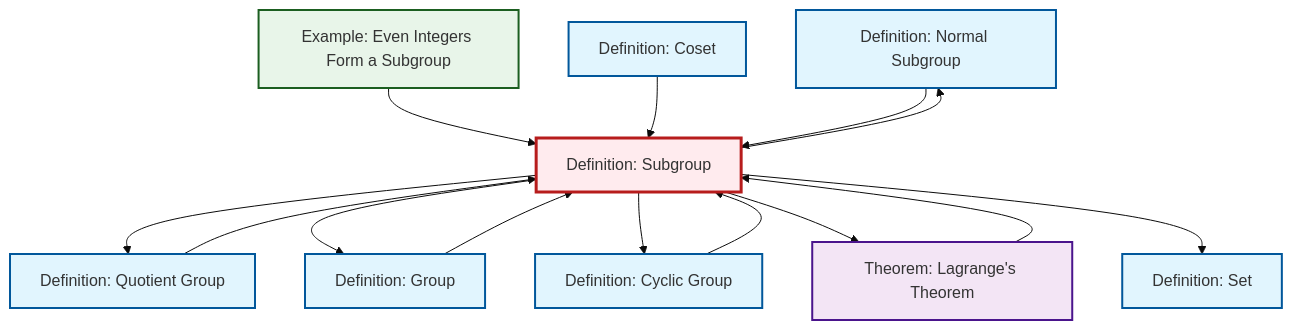
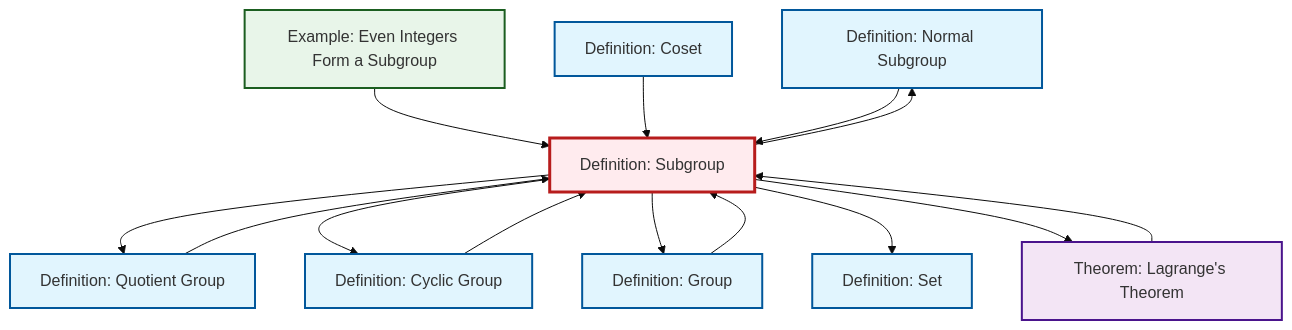
One commit to RK0429/ModernMath changed the diagram in content/ja/algebra/def-subgroup.qmd. Above: the diagram before and after it, drawn with Mermaid (base theme). The commit also changed other lines of this file and 497 other files, not shown here.

````diff
--- a/content/ja/algebra/def-subgroup.qmd
+++ b/content/ja/algebra/def-subgroup.qmd
@@ -53,40 +53,40 @@
 ```{mermaid}
 %%| fig-cap: "Local dependency graph"
 graph TD
     classDef definition fill:#e1f5fe,stroke:#01579b,stroke-width:2px
     classDef theorem fill:#f3e5f5,stroke:#4a148c,stroke-width:2px
     classDef axiom fill:#fff3e0,stroke:#e65100,stroke-width:2px
     classDef example fill:#e8f5e9,stroke:#1b5e20,stroke-width:2px
     classDef current fill:#ffebee,stroke:#b71c1c,stroke-width:3px
     def-normal-subgroup["Definition: Normal Subgroup"]:::definition
-    def-quotient-group["Definition: Quotient Group"]:::definition
-    ex-even-integers-subgroup["Example: Even Integers Form a Subgroup"]:::example
+    def-set["Definition: Set"]:::definition
     thm-lagrange["Theorem: Lagrange's Theorem"]:::theorem
     def-coset["Definition: Coset"]:::definition
-    def-set["Definition: Set"]:::definition
+    def-quotient-group["Definition: Quotient Group"]:::definition
     def-cyclic-group["Definition: Cyclic Group"]:::definition
+    def-subgroup["Definition: Subgroup"]:::definition
     def-group["Definition: Group"]:::definition
-    def-subgroup["Definition: Subgroup"]:::definition
-    def-group --> def-subgroup
+    ex-even-integers-subgroup["Example: Even Integers Form a Subgroup"]:::example
+    ex-even-integers-subgroup --> def-subgroup
+    def-coset --> def-subgroup
+    def-normal-subgroup --> def-subgroup
+    def-subgroup --> def-normal-subgroup
     def-subgroup --> def-quotient-group
-    ex-even-integers-subgroup --> def-subgroup
-    thm-lagrange --> def-subgroup
-    def-coset --> def-subgroup
-    def-subgroup --> def-normal-subgroup
     def-cyclic-group --> def-subgroup
     def-quotient-group --> def-subgroup
+    thm-lagrange --> def-subgroup
+    def-subgroup --> def-cyclic-group
+    def-group --> def-subgroup
     def-subgroup --> def-group
-    def-subgroup --> def-cyclic-group
+    def-subgroup --> def-set
     def-subgroup --> thm-lagrange
-    def-subgroup --> def-set
-    def-normal-subgroup --> def-subgroup
     class def-subgroup current
     click def-normal-subgroup "def-normal-subgroup.html" "Definition: Normal Subgroupへ"
-    click def-quotient-group "def-quotient-group.html" "Definition: Quotient Groupへ"
-    click ex-even-integers-subgroup "ex-even-integers-subgroup.html" "Example: Even Integers Form a Subgroupへ"
+    click def-set "def-set.html" "Definition: Setへ"
     click thm-lagrange "thm-lagrange.html" "Theorem: Lagrange's Theoremへ"
     click def-coset "def-coset.html" "Definition: Cosetへ"
-    click def-set "def-set.html" "Definition: Setへ"
+    click def-quotient-group "def-quotient-group.html" "Definition: Quotient Groupへ"
     click def-cyclic-group "def-cyclic-group.html" "Definition: Cyclic Groupへ"
     click def-group "def-group.html" "Definition: Groupへ"
+    click ex-even-integers-subgroup "ex-even-integers-subgroup.html" "Example: Even Integers Form a Subgroupへ"
 ```
````
